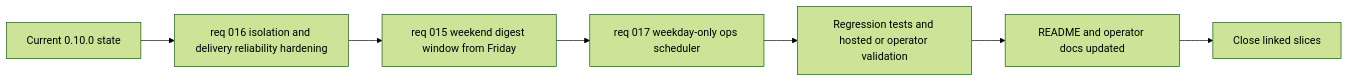
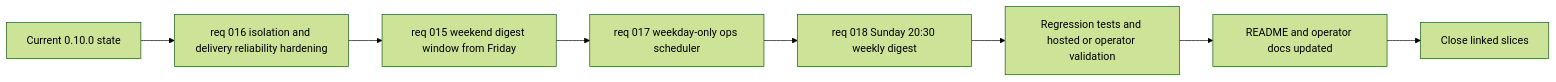
One commit to AlexAgo83/day-captain changed the diagram in logics/tasks/task_023_day_captain_weekend_window_and_reliability_orchestration.md. Above: the diagram before and after it, drawn with Mermaid (forest theme). The commit also changed other lines of this file and 3 other files, not shown here.

Commit message:
Extend Logics roadmap for weekend and weekly scheduling

````diff
--- a/logics/tasks/task_023_day_captain_weekend_window_and_reliability_orchestration.md
+++ b/logics/tasks/task_023_day_captain_weekend_window_and_reliability_orchestration.md
@@ -21,9 +22,10 @@
 ```mermaid
 flowchart LR
     Start[Current 0.10.0 state] --> Reliability[req 016 isolation and delivery reliability hardening]
     Reliability --> Weekend[req 015 weekend digest window from Friday]
     Weekend --> OpsPolicy[req 017 weekday-only ops scheduler]
-    OpsPolicy --> Tests[Regression tests and hosted or operator validation]
+    OpsPolicy --> Weekly[req 018 Sunday 20:30 weekly digest]
+    Weekly --> Tests[Regression tests and hosted or operator validation]
     Tests --> Docs[README and operator docs updated]
     Docs --> Close[Close linked slices]
 ```
````
